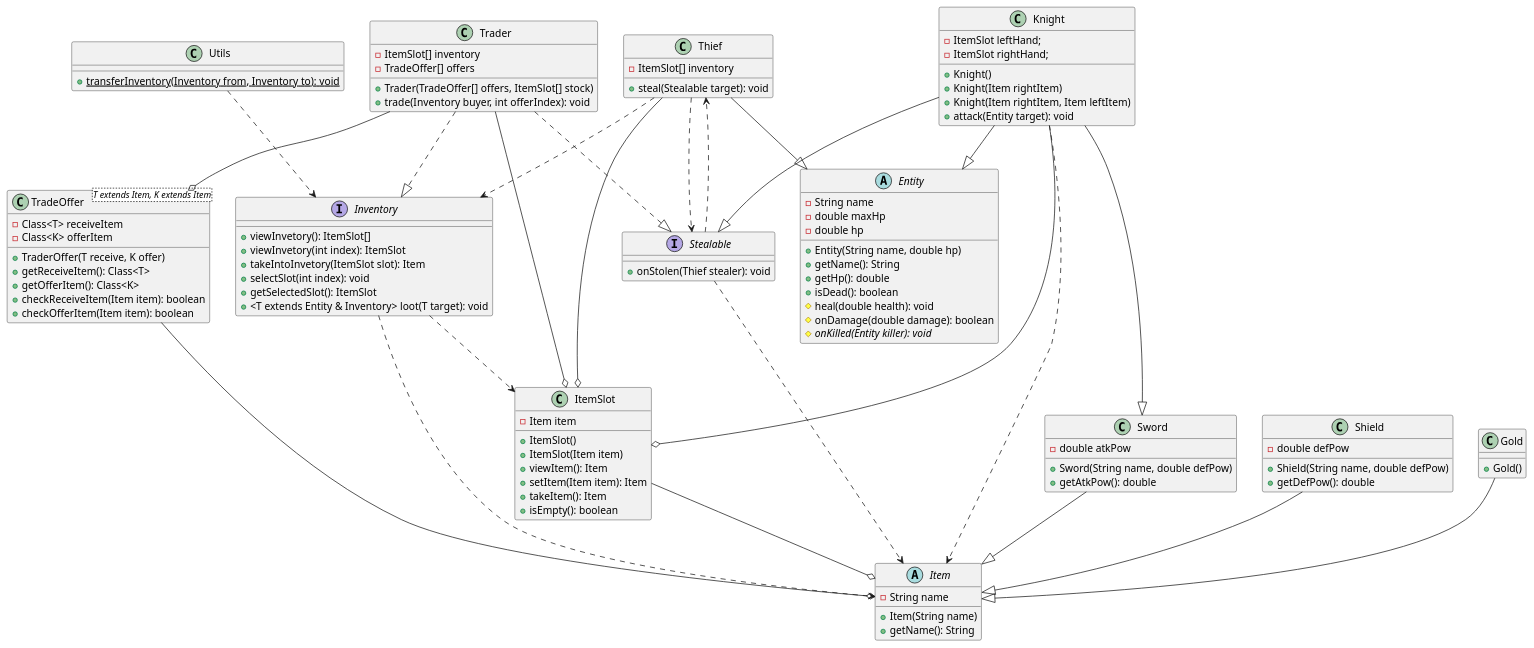
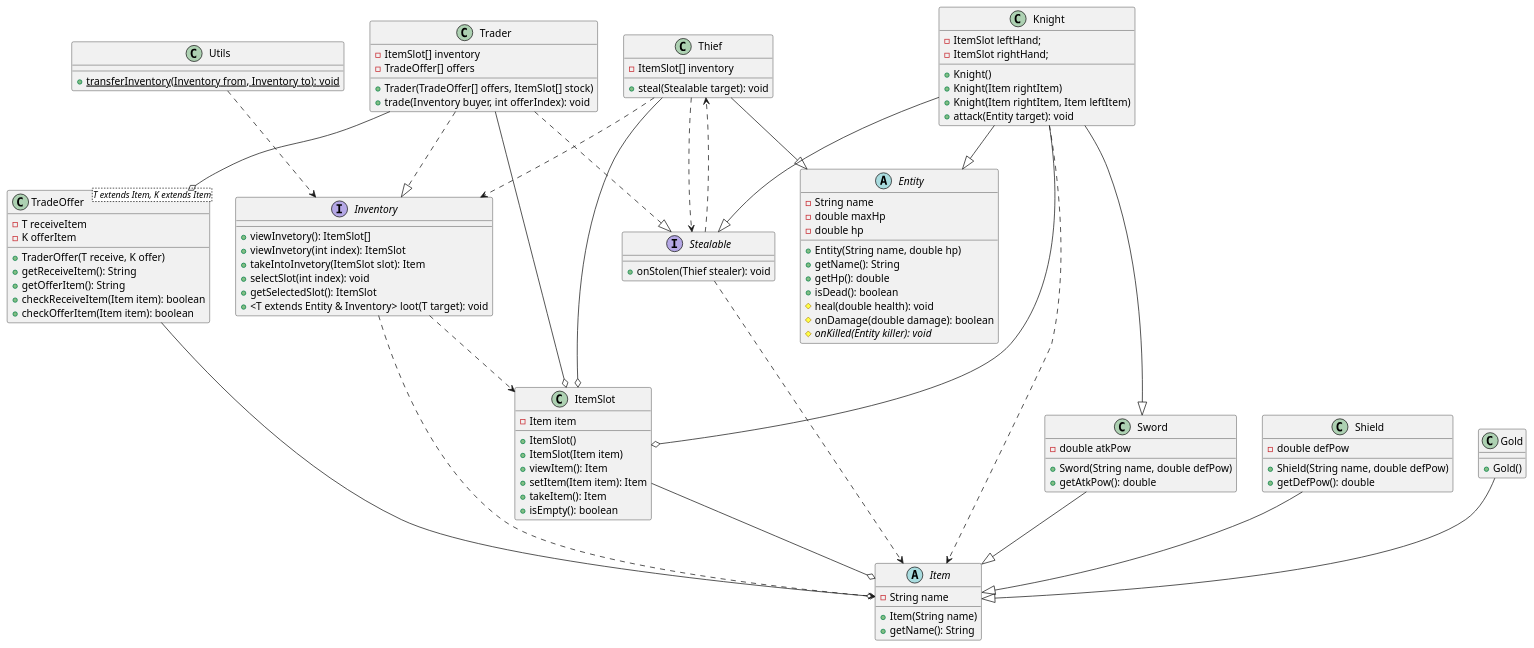
The diagram in UML.puml (DrowningToast/OOPMidtermMockExam), drawn with PlantUML before and after one commit. The commit also changed 9 other files, not shown here.

```diff
--- a/UML.puml
+++ b/UML.puml
@@ -1,134 +1,134 @@
 @startuml
 'https://plantuml.com/class-diagram
 
 interface Inventory {
     + viewInvetory(): ItemSlot[]
     + viewInvetory(int index): ItemSlot
     + takeIntoInvetory(ItemSlot slot): Item
     + selectSlot(int index): void
     + getSelectedSlot(): ItemSlot
     + <T extends Entity & Inventory> loot(T target): void
 }
 
 Inventory ..> Item
 Inventory ..> ItemSlot
 
 interface Stealable {
     + onStolen(Thief stealer): void
 }
 
 Stealable ..> Item
 Stealable ..> Thief
 
 
 abstract class Entity {
     - String name
     - double maxHp
     - double hp
     + Entity(String name, double hp)
     + getName(): String
     + getHp(): double
     + isDead(): boolean
     # heal(double health): void
     # onDamage(double damage): boolean
     # {abstract} onKilled(Entity killer): void
 }
 
 class Knight {
     - ItemSlot leftHand;
     - ItemSlot rightHand;
     + Knight()
     + Knight(Item rightItem)
     + Knight(Item rightItem, Item leftItem)
     + attack(Entity target): void
 }
 
 Knight --o ItemSlot
 Knight ..> Item
 
 Knight --|> Sword
 Knight --|> Entity
 Knight --|> Stealable
 
 class Thief {
     - ItemSlot[] inventory
     + steal(Stealable target): void
 }
 
 Thief --o ItemSlot
 Thief ..> Stealable
 Thief ..> Inventory
 
 Thief --|> Entity
 
 class Trader {
     - ItemSlot[] inventory
     - TradeOffer[] offers
     + Trader(TradeOffer[] offers, ItemSlot[] stock)
     + trade(Inventory buyer, int offerIndex): void
 }
 
 Trader --o ItemSlot
 Trader --o TradeOffer
 Trader ..|> Inventory
 Trader ..|> Stealable
 
 class TradeOffer<T extends Item, K extends Item> {
-    - Class<T> receiveItem
-    - Class<K> offerItem
+    - T receiveItem
+    - K offerItem
     + TraderOffer(T receive, K offer)
-    + getReceiveItem(): Class<T>
-    + getOfferItem(): Class<K>
+    + getReceiveItem(): String
+    + getOfferItem(): String
     + checkReceiveItem(Item item): boolean
     + checkOfferItem(Item item): boolean
 }
 
 abstract class Item {
     - String name
     + Item(String name)
     + getName(): String
 }
 
 class ItemSlot {
     - Item item
     + ItemSlot()
     + ItemSlot(Item item)
     + viewItem(): Item
     + setItem(Item item): Item
     + takeItem(): Item
     + isEmpty(): boolean
 }
 
 TradeOffer --o Item
 
 ItemSlot --o Item
 
 class Shield {
     - double defPow
     + Shield(String name, double defPow)
     + getDefPow(): double
 }
 
 Shield --|> Item
 
 class Gold {
     + Gold()
 }
 
 Gold --|> Item
 
 class Sword {
     - double atkPow
     + Sword(String name, double defPow)
     + getAtkPow(): double
 }
 
 Sword --|> Item
 
 class Utils {
     + {static} transferInventory(Inventory from, Inventory to): void
 }
 
 Utils ..> Inventory
 
 @enduml
```
